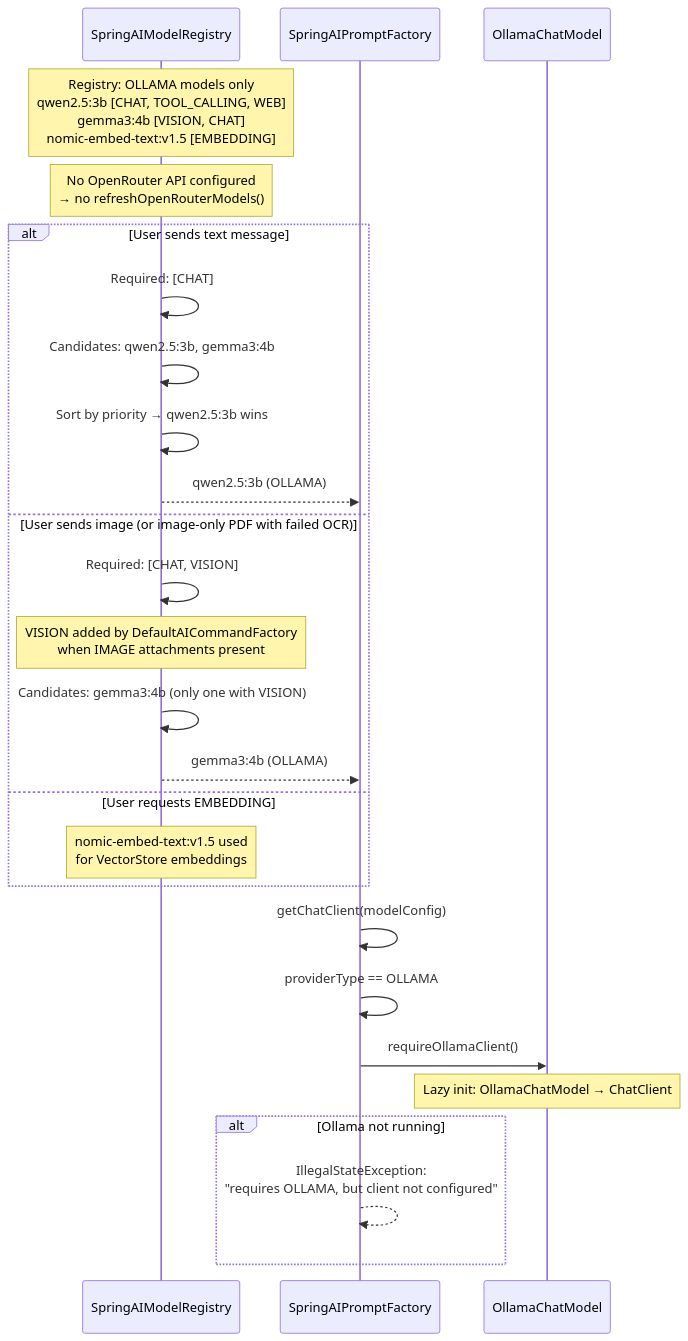
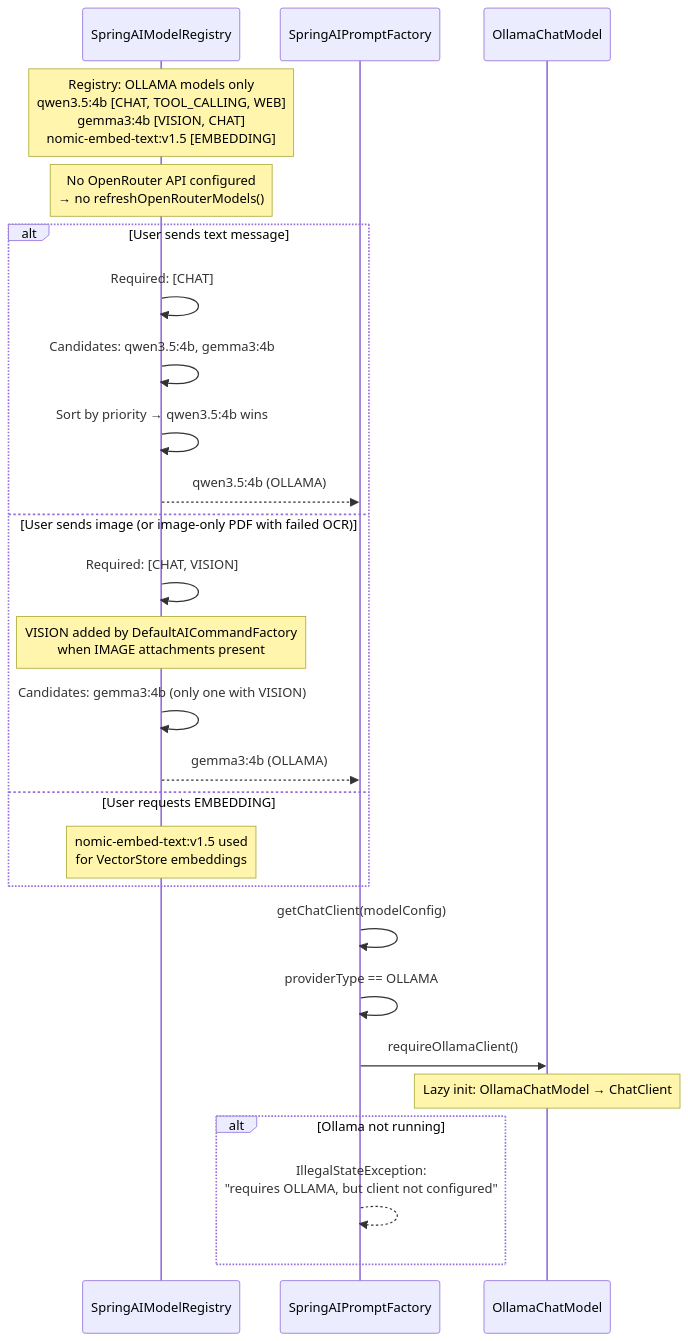
Before and after one commit to NGirchev/open-daimon: the fourth of 7 diagrams in docs/usecases/auto-mode-model-selection.md, drawn with Mermaid. The commit also changed other lines of this file and 508 other files, not shown here.

````diff
--- a/docs/usecases/auto-mode-model-selection.md
+++ b/docs/usecases/auto-mode-model-selection.md
@@ -149,33 +149,33 @@
 ```mermaid
 sequenceDiagram
     participant Reg as SpringAIModelRegistry
     participant PF as SpringAIPromptFactory
     participant Ollama as OllamaChatModel
 
-    Note over Reg: Registry: OLLAMA models only<br/>qwen2.5:3b [CHAT, TOOL_CALLING, WEB]<br/>gemma3:4b [VISION, CHAT]<br/>nomic-embed-text:v1.5 [EMBEDDING]
+    Note over Reg: Registry: OLLAMA models only<br/>qwen3.5:4b [CHAT, TOOL_CALLING, WEB]<br/>gemma3:4b [VISION, CHAT]<br/>nomic-embed-text:v1.5 [EMBEDDING]
 
     Note over Reg: No OpenRouter API configured<br/>→ no refreshOpenRouterModels()
 
     alt User sends text message
         Reg->>Reg: Required: [CHAT]
-        Reg->>Reg: Candidates: qwen2.5:3b, gemma3:4b
-        Reg->>Reg: Sort by priority → qwen2.5:3b wins
-        Reg-->>PF: qwen2.5:3b (OLLAMA)
+        Reg->>Reg: Candidates: qwen3.5:4b, gemma3:4b
+        Reg->>Reg: Sort by priority → qwen3.5:4b wins
+        Reg-->>PF: qwen3.5:4b (OLLAMA)
     else User sends image (or image-only PDF with failed OCR)
         Reg->>Reg: Required: [CHAT, VISION]
         Note over Reg: VISION added by DefaultAICommandFactory<br/>when IMAGE attachments present
         Reg->>Reg: Candidates: gemma3:4b (only one with VISION)
         Reg-->>PF: gemma3:4b (OLLAMA)
     else User requests EMBEDDING
         Note over Reg: nomic-embed-text:v1.5 used<br/>for VectorStore embeddings
     end
 
     PF->>PF: getChatClient(modelConfig)
     PF->>PF: providerType == OLLAMA
     PF->>Ollama: requireOllamaClient()
     Note over Ollama: Lazy init: OllamaChatModel → ChatClient
 
     alt Ollama not running
         PF-->>PF: IllegalStateException:<br/>"requires OLLAMA, but client not configured"
     end
 ```
````
